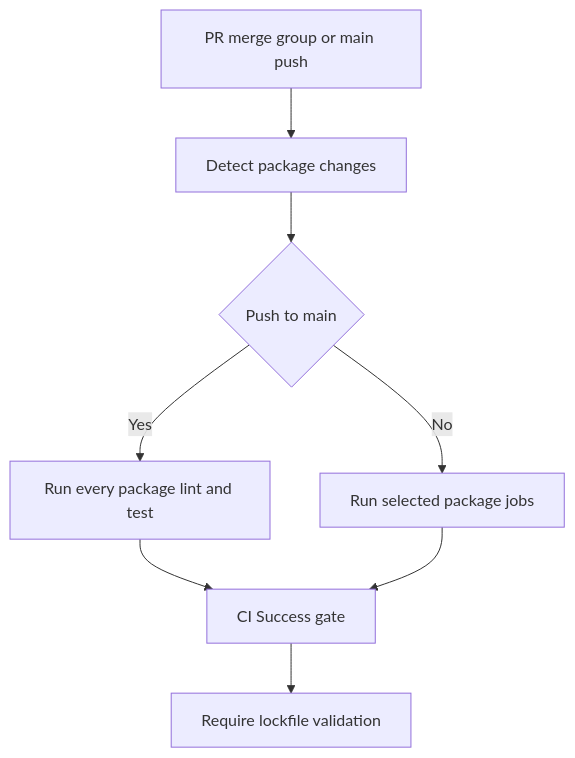
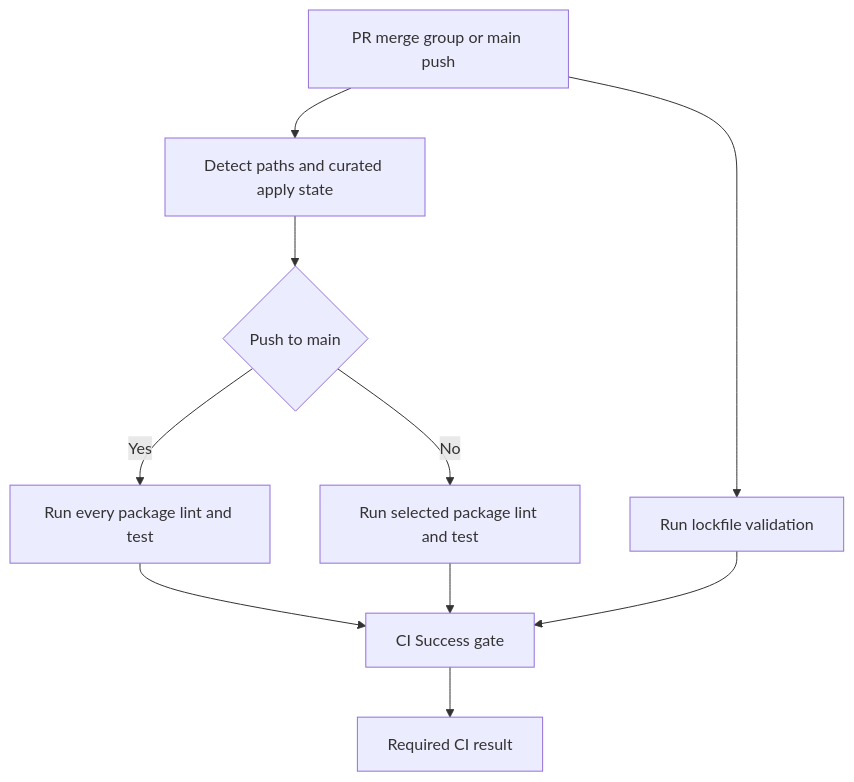
The first of 3 diagrams in openwiki/operations/ci-labeling.md (langchain-ai/deepagents), drawn with Mermaid before and after one commit. The commit also changed other lines of this file and 44 other files, not shown here.

````diff
--- a/openwiki/operations/ci-labeling.md
+++ b/openwiki/operations/ci-labeling.md
@@ -45,10 +59,12 @@
 ```mermaid
 flowchart TD
-    Trigger["PR merge group or main push"] --> Detect["Detect package changes"]
-    Detect --> Selected{"Push to main"}
-    Selected -->|"Yes"| All["Run every package lint and test"]
-    Selected -->|"No"| Affected["Run selected package jobs"]
+    Trigger["PR merge group or main push"] --> Lock["Run lockfile validation"]
+    Trigger --> Detect["Detect paths and curated apply state"]
+    Detect --> Select{"Push to main"}
+    Select -->|"Yes"| All["Run every package lint and test"]
+    Select -->|"No"| Affected["Run selected package lint and test"]
     All --> Gate["CI Success gate"]
     Affected --> Gate
-    Gate --> Lock["Require lockfile validation"]
+    Lock --> Gate
+    Gate --> Result["Required CI result"]
 ```
````
